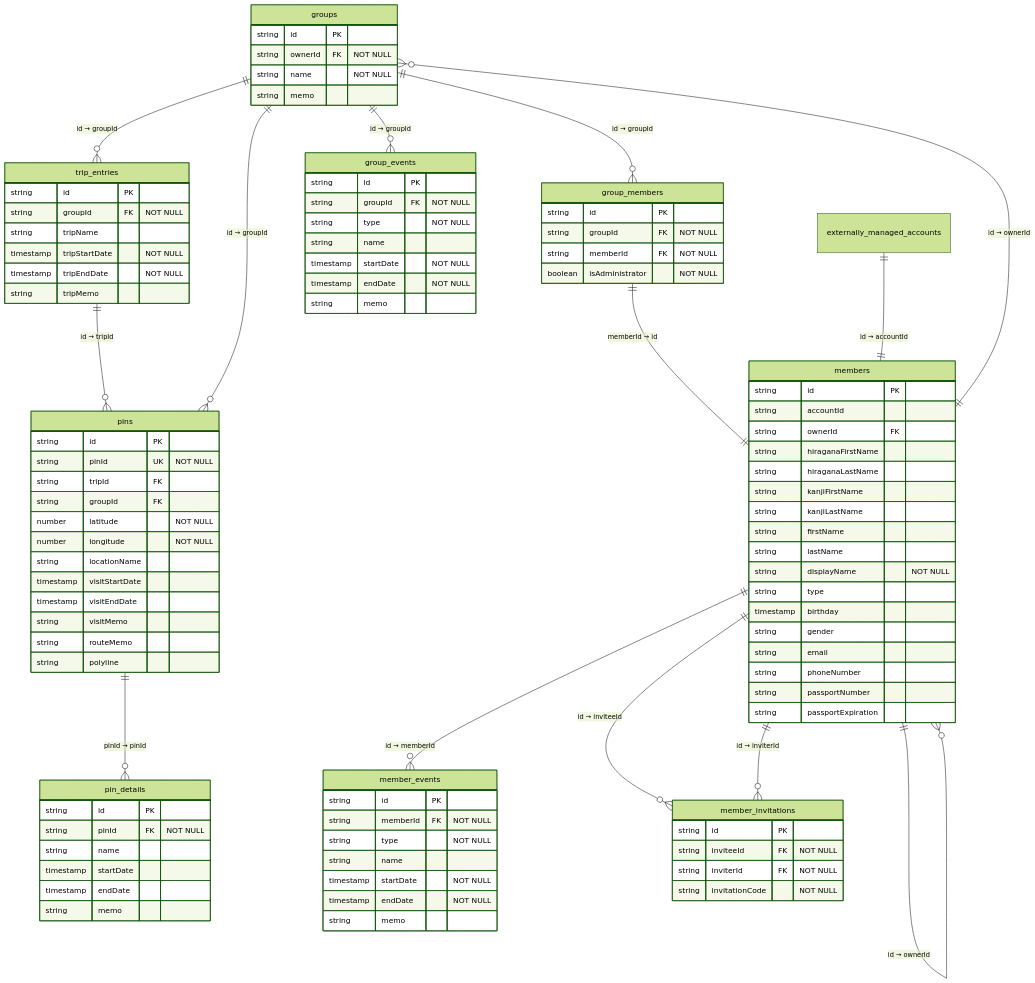
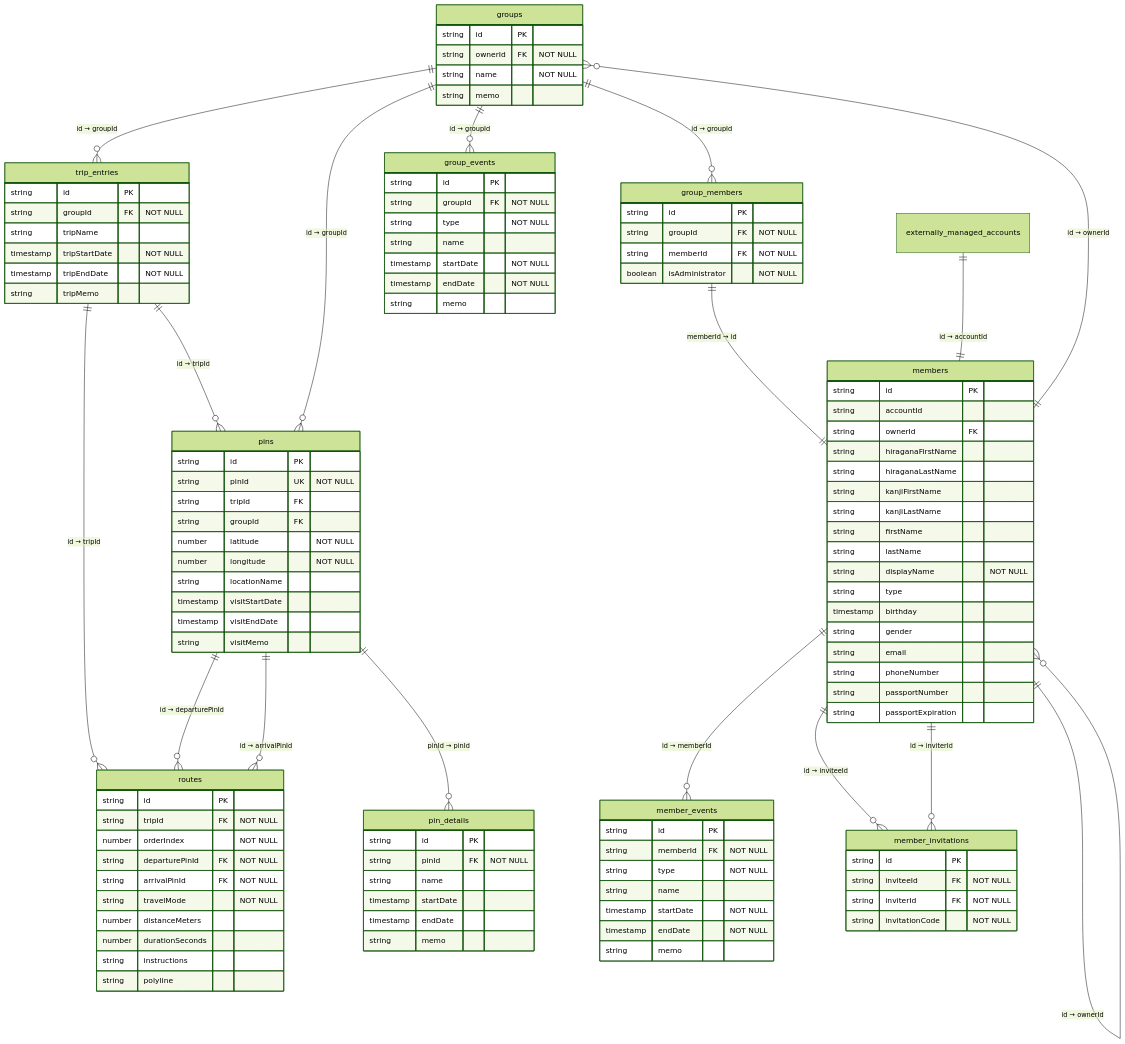
One commit to taka-016/memora changed the diagram in docs/er_diagram.md. Above: the diagram before and after it, drawn with Mermaid (forest theme). The commit also changed 1 other file, not shown here.

Commit message:
doc: ER図およびtodo更新

```diff
--- a/docs/er_diagram.md
+++ b/docs/er_diagram.md
@@ -21,9 +21,18 @@
         timestamp visitStartDate
         timestamp visitEndDate
         string visitMemo
-        string routeMemo
+    }
+    routes {
+        string id PK
+        string tripId FK "NOT NULL"
+        number orderIndex "NOT NULL"
+        string departurePinId FK "NOT NULL"
+        string arrivalPinId FK "NOT NULL"
+        string travelMode "NOT NULL"
+        number distanceMeters
+        number durationSeconds
+        string instructions
         string polyline
-
     }
     pin_details {
         string id PK
@@ -90,7 +99,10 @@
     }
 
     trip_entries ||--o{ pins : "id → tripId"
+    trip_entries ||--o{ routes : "id → tripId"
     pins ||--o{ pin_details : "pinId → pinId"
+    pins ||--o{ routes : "id → departurePinId"
+    pins ||--o{ routes : "id → arrivalPinId"
     groups ||--o{ group_members : "id → groupId"
     groups ||--o{ group_events : "id → groupId"
     groups ||--o{ trip_entries : "id → groupId"
```
